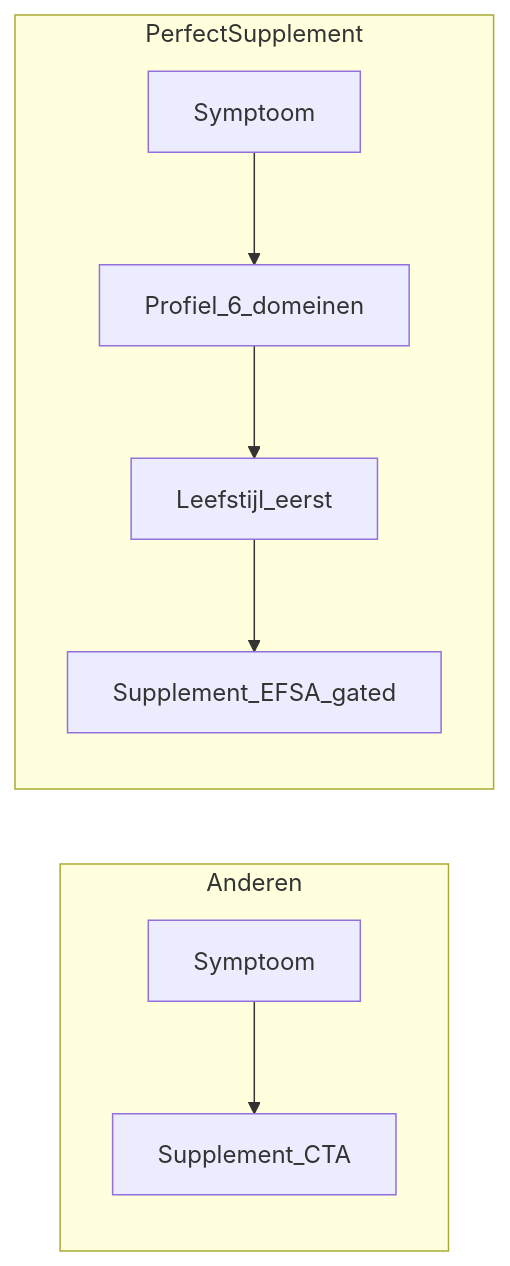
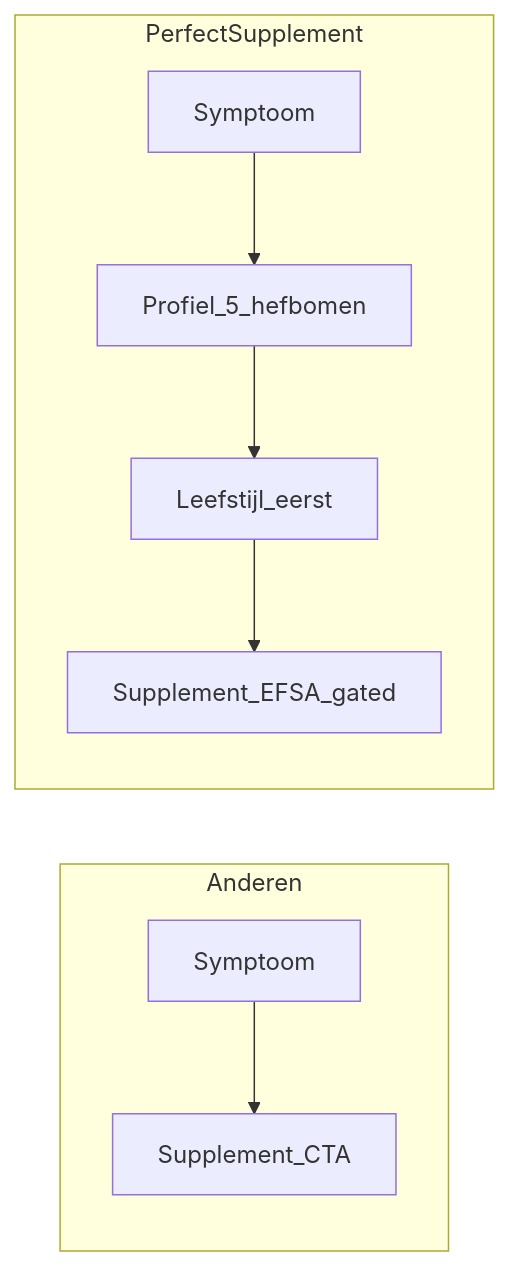
One commit to DenvWest/PSF changed the first of 2 diagrams in docs/core/BRAND_POSITIONING.md. Above: the diagram before and after it, drawn with Mermaid. The commit also changed other lines of this file and 22 other files, not shown here.

````diff
--- a/docs/core/BRAND_POSITIONING.md
+++ b/docs/core/BRAND_POSITIONING.md
@@ -58,12 +58,12 @@
 ```mermaid
 flowchart LR
   subgraph anderen [Anderen]
     symptoom1[Symptoom] --> pil1[Supplement_CTA]
   end
 
   subgraph ps [PerfectSupplement]
-    symptoom2[Symptoom] --> profiel[Profiel_6_domeinen]
+    symptoom2[Symptoom] --> profiel[Profiel_5_hefbomen]
     profiel --> leefstijl[Leefstijl_eerst]
     leefstijl --> supplement[Supplement_EFSA_gated]
   end
 ```
````
